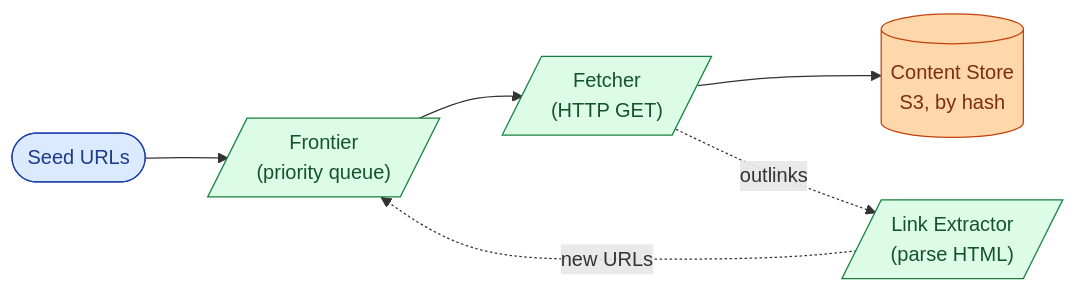
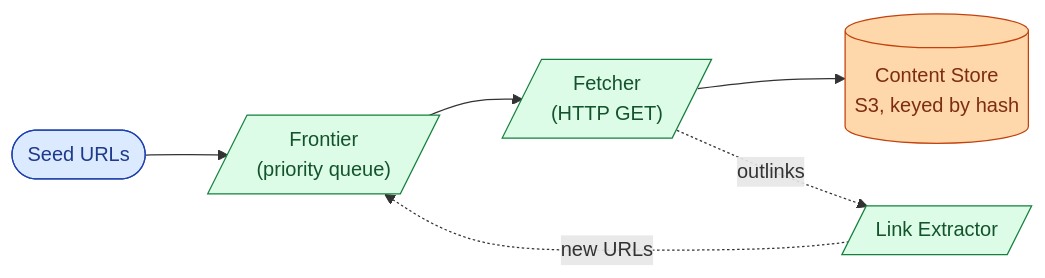
Before and after one commit to shiningflash/system-design: the second of 9 diagrams in problems/008-web-crawler/question.md, drawn with Mermaid. The commit also changed other lines of this file and 37 other files, not shown here.

````diff
--- a/problems/008-web-crawler/question.md
+++ b/problems/008-web-crawler/question.md
@@ -167,12 +95,12 @@
 ```mermaid
 flowchart LR
     S([Seed URLs]):::user --> F[/"Frontier<br/>(priority queue)"/]:::app
     F --> W[/"Fetcher<br/>(HTTP GET)"/]:::app
-    W --> Store[("Content Store<br/>S3, by hash")]:::db
-    W -.outlinks.-> P[/"Link Extractor<br/>(parse HTML)"/]:::app
+    W --> Store[("Content Store<br/>S3, keyed by hash")]:::db
+    W -.outlinks.-> P[/"Link Extractor"/]:::app
     P -.new URLs.-> F
 
     classDef user fill:#dbeafe,stroke:#1e40af,color:#1e3a8a
     classDef app fill:#dcfce7,stroke:#15803d,color:#14532d
     classDef db fill:#fed7aa,stroke:#c2410c,color:#7c2d12
 ```
````
